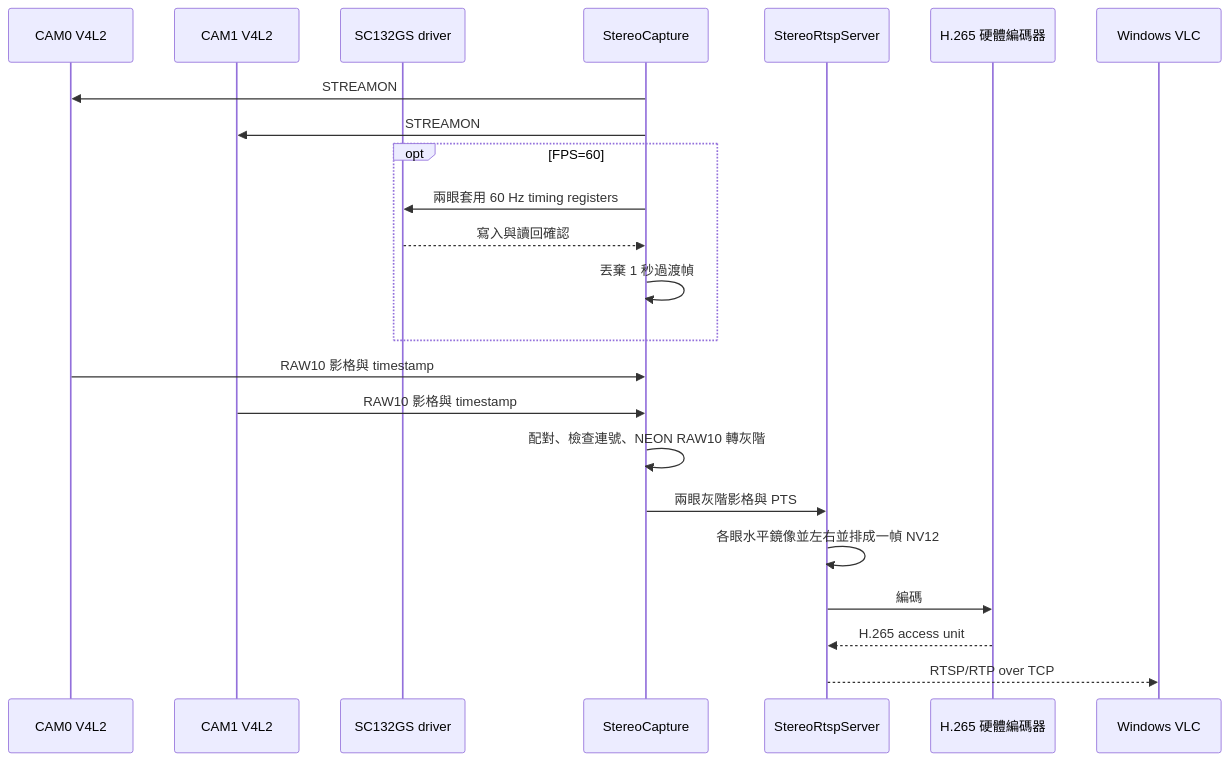
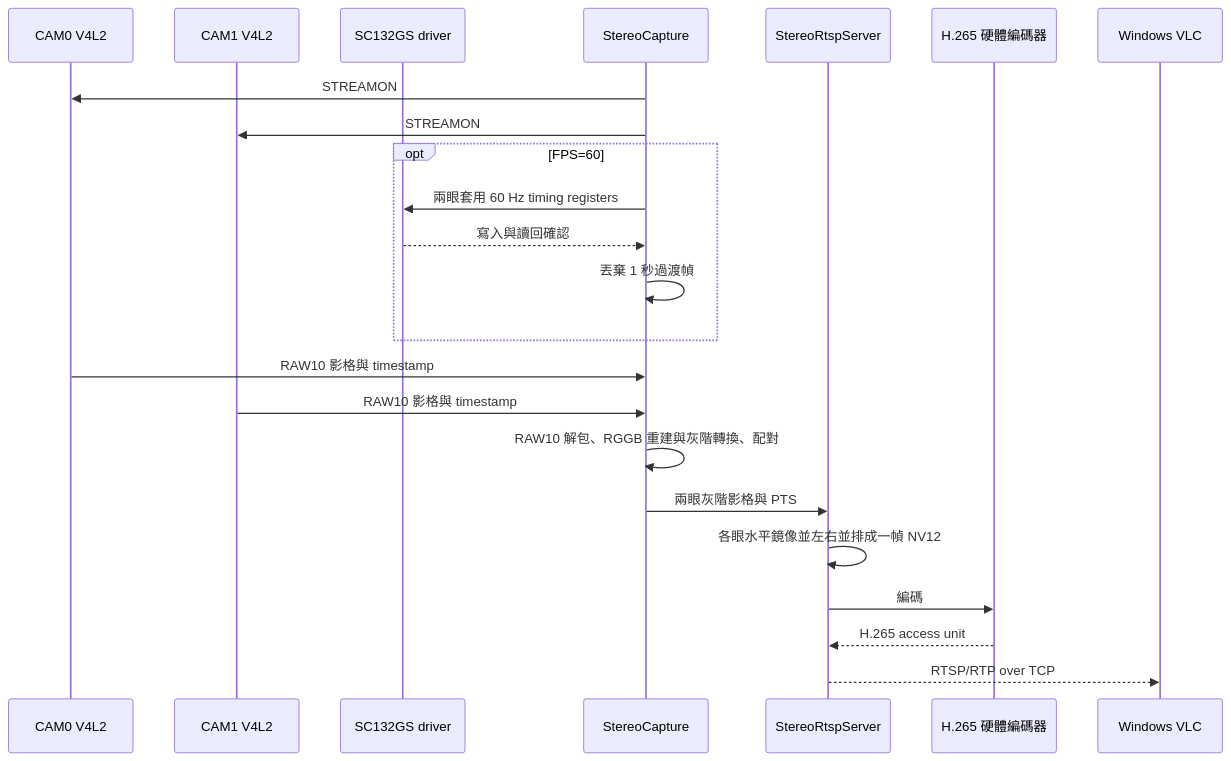
The diagram in outputs/stereo_h265_rtsp/README.md (hsinghaowang/SC132GS), drawn with Mermaid before and after one commit. The commit also changed other lines of this file and 79 other files, not shown here.

````diff
--- a/outputs/stereo_h265_rtsp/README.md
+++ b/outputs/stereo_h265_rtsp/README.md
@@ -64,25 +94,25 @@
 ```mermaid
 sequenceDiagram
     participant C0 as CAM0 V4L2
     participant C1 as CAM1 V4L2
     participant Driver as SC132GS driver
     participant Capture as StereoCapture
     participant Server as StereoRtspServer
     participant VPU as H.265 硬體編碼器
     participant VLC as Windows VLC
     Capture->>C0: STREAMON
     Capture->>C1: STREAMON
     opt FPS=60
         Capture->>Driver: 兩眼套用 60 Hz timing registers
         Driver-->>Capture: 寫入與讀回確認
         Capture->>Capture: 丟棄 1 秒過渡幀
     end
     C0->>Capture: RAW10 影格與 timestamp
     C1->>Capture: RAW10 影格與 timestamp
-    Capture->>Capture: 配對、檢查連號、NEON RAW10 轉灰階
+    Capture->>Capture: RAW10 解包、RGGB 重建與灰階轉換、配對
     Capture->>Server: 兩眼灰階影格與 PTS
     Server->>Server: 各眼水平鏡像並左右並排成一幀 NV12
     Server->>VPU: 編碼
     VPU-->>Server: H.265 access unit
     Server-->>VLC: RTSP/RTP over TCP
 ```
````
